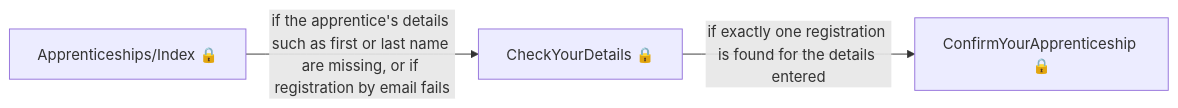
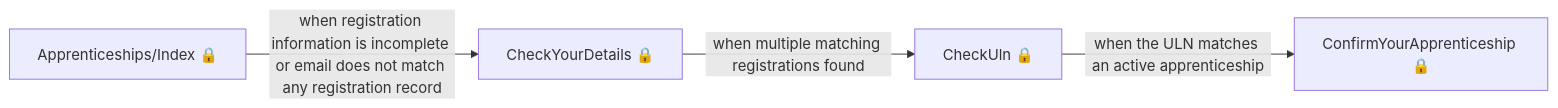
One commit to talentconsulting/atlas-dfe changed the second of 7 diagrams in das-apprentice-commitments-web/user-journeys/user-journeys.md. Above: the diagram before and after it, drawn with Mermaid. The commit also changed other lines of this file and 36 other files, not shown here.

````diff
--- a/das-apprentice-commitments-web/user-journeys/user-journeys.md
+++ b/das-apprentice-commitments-web/user-journeys/user-journeys.md
@@ -30,5 +19,6 @@
 ```mermaid
 flowchart LR
-  p0["Apprenticeships/Index 🔒"] -->|"if the apprentice's details such as first or last name are missing, or if registration by email fails"| p1["CheckYourDetails 🔒"]
-  p1["CheckYourDetails 🔒"] -->|"if exactly one registration is found for the details entered"| p2["ConfirmYourApprenticeship 🔒"]
+  p0["Apprenticeships/Index 🔒"] -->|"when registration information is incomplete or email does not match any registration record"| p1["CheckYourDetails 🔒"]
+  p1["CheckYourDetails 🔒"] -->|"when multiple matching registrations found"| p2["CheckUln 🔒"]
+  p2["CheckUln 🔒"] -->|"when the ULN matches an active apprenticeship"| p3["ConfirmYourApprenticeship 🔒"]
 ```
````
